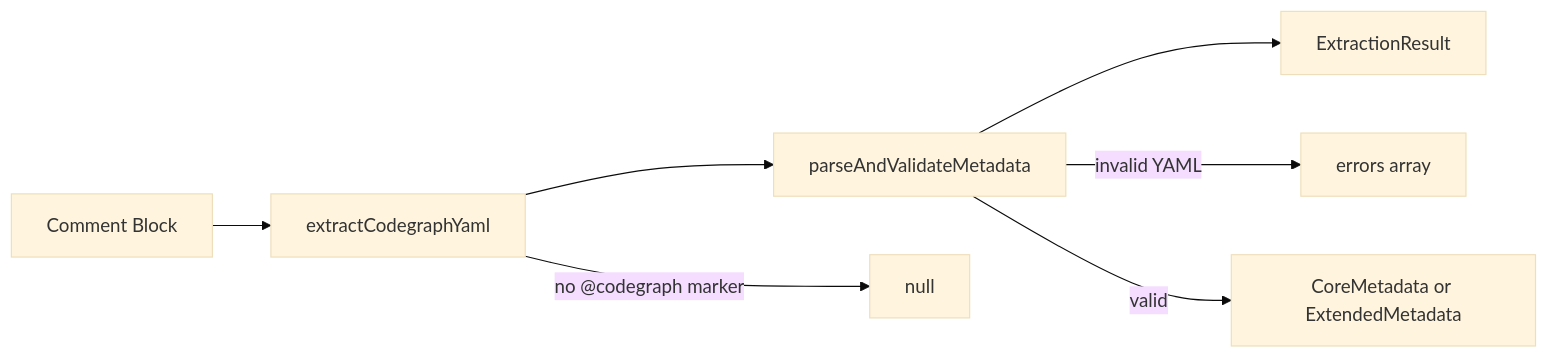
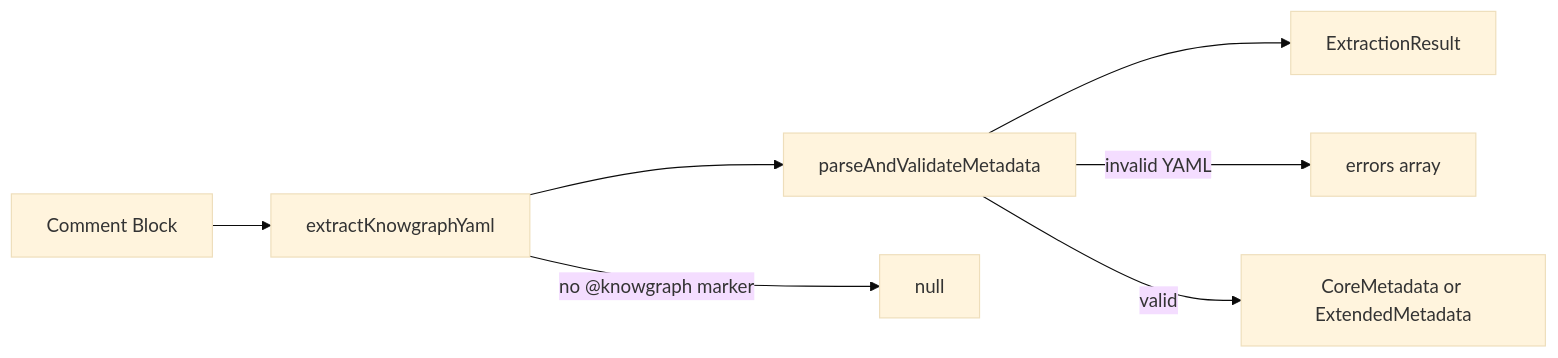
One commit to idosams/know-know changed the second of 6 diagrams in docs/core/README.md. Above: the diagram before and after it, drawn with Mermaid (base theme). The commit also changed other lines of this file and 107 other files, not shown here.

First line of the commit message:
refactor: rename codegraph to knowgraph across entire project (#8)

````diff
--- a/docs/core/README.md
+++ b/docs/core/README.md
@@ -107,10 +107,10 @@
 ```mermaid
 graph LR
-    A[Comment Block] --> B[extractCodegraphYaml]
+    A[Comment Block] --> B[extractKnowgraphYaml]
     B --> C[parseAndValidateMetadata]
     C --> D[ExtractionResult]
 
-    B -- "no @codegraph marker" --> E[null]
+    B -- "no @knowgraph marker" --> E[null]
     C -- "invalid YAML" --> F[errors array]
     C -- "valid" --> G[CoreMetadata or ExtendedMetadata]
 ```
````
